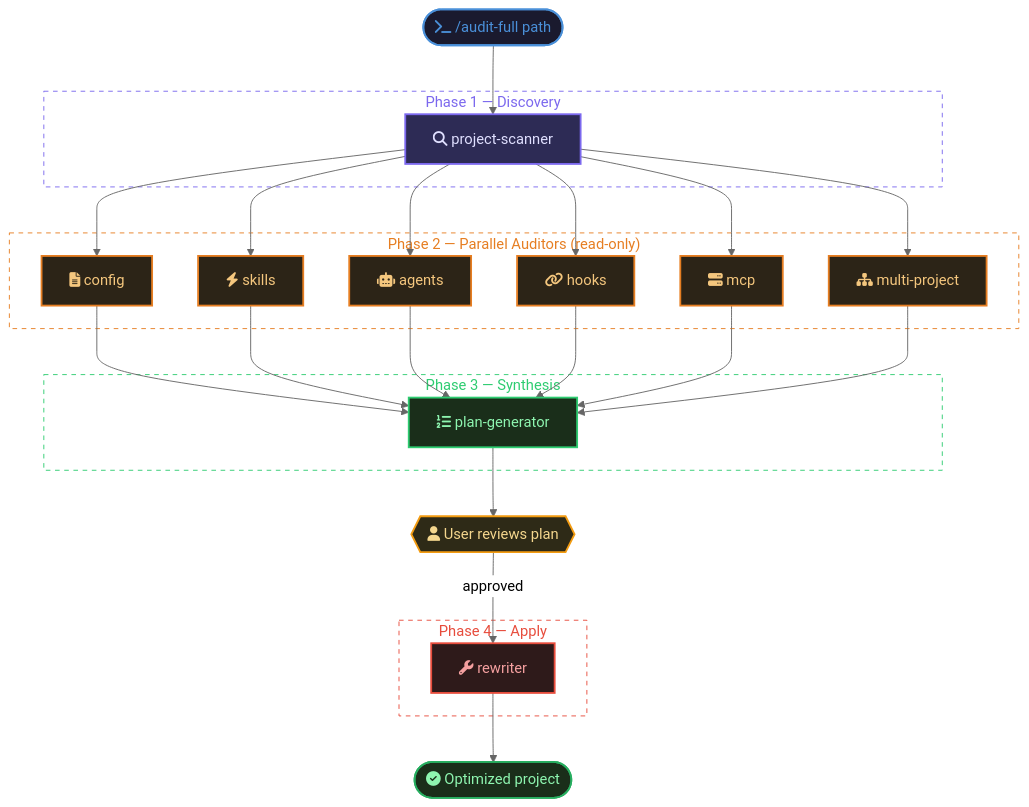
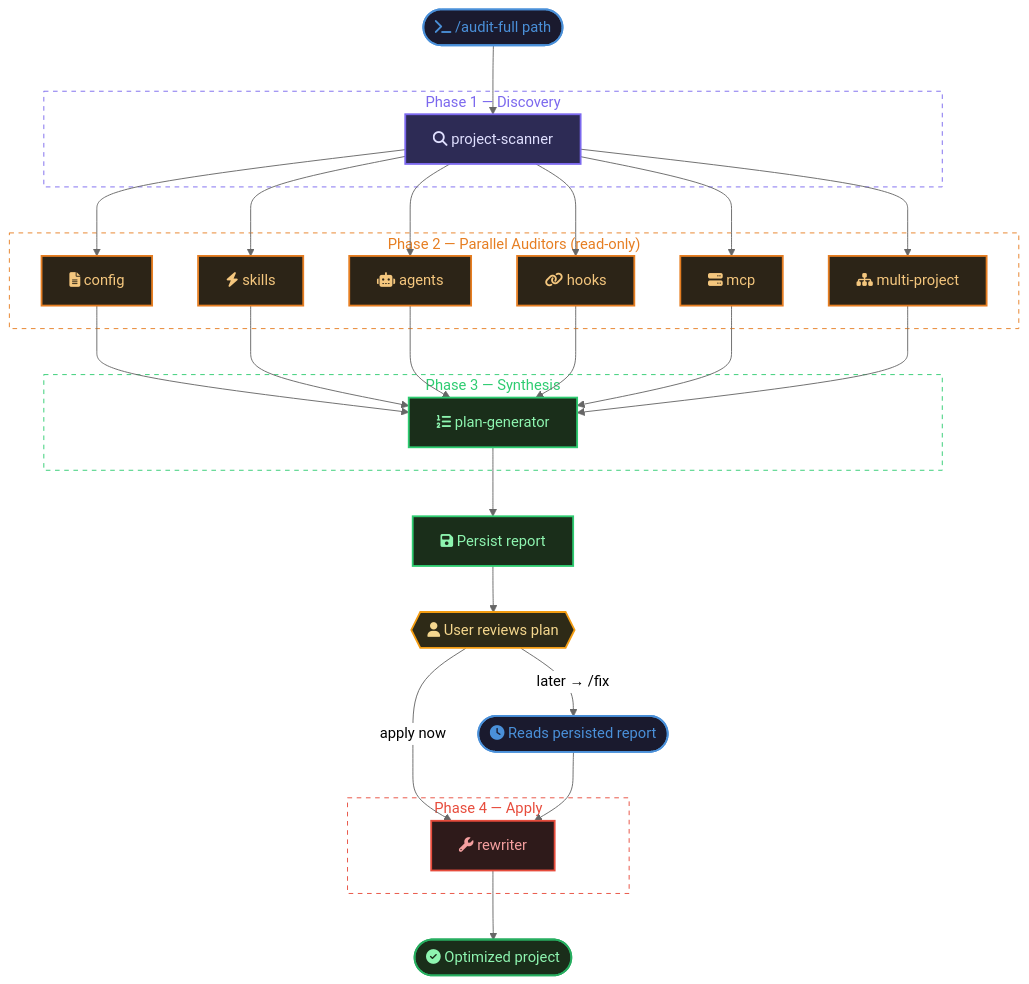
One commit to damianwajser/claude-doctor changed the first of 3 diagrams in README.md. Above: the diagram before and after it, drawn with Mermaid (neutral theme). The commit also changed other lines of this file and 4 other files, not shown here.

````diff
--- a/README.md
+++ b/README.md
@@ -65,47 +65,50 @@
 ```mermaid
 flowchart TD
     USER(["fa:fa-terminal /audit-full path"]):::cmd --> SCANNER
 
     subgraph SCAN ["Phase 1 — Discovery"]
         SCANNER["fa:fa-search project-scanner"]:::scanner
     end
 
     SCANNER --> CONFIG & SKILLS & AGENTS & HOOKS & MCP & MULTI
 
     subgraph AUDIT ["Phase 2 — Parallel Auditors (read-only)"]
         CONFIG["fa:fa-file-alt config"]:::auditor
         SKILLS["fa:fa-bolt skills"]:::auditor
         AGENTS["fa:fa-robot agents"]:::auditor
         HOOKS["fa:fa-link hooks"]:::auditor
         MCP["fa:fa-server mcp"]:::auditor
         MULTI["fa:fa-sitemap multi-project"]:::auditor
     end
 
     CONFIG & SKILLS & AGENTS & HOOKS & MCP & MULTI --> PLAN
 
     subgraph SYNTH ["Phase 3 — Synthesis"]
         PLAN["fa:fa-list-ol plan-generator"]:::plan
     end
 
-    PLAN --> REVIEW{{"fa:fa-user User reviews plan"}}:::review
-    REVIEW -- "approved" --> REWRITER
+    PLAN --> PERSIST["fa:fa-save Persist report"]:::plan
+    PERSIST --> REVIEW{{"fa:fa-user User reviews plan"}}:::review
+    REVIEW -- "apply now" --> REWRITER
+    REVIEW -- "later → /fix" --> FIX_LATER(["fa:fa-clock Reads persisted report"]):::cmd
 
     subgraph APPLY ["Phase 4 — Apply"]
         REWRITER["fa:fa-wrench rewriter"]:::writer
     end
 
+    FIX_LATER --> REWRITER
     REWRITER --> DONE(["fa:fa-check-circle Optimized project"]):::done
 
     classDef cmd fill:#1a1a2e,stroke:#4A90D9,stroke-width:2px,color:#4A90D9
     classDef scanner fill:#2d2b55,stroke:#7B68EE,stroke-width:2px,color:#e0e0ff
     classDef auditor fill:#2c2417,stroke:#E67E22,stroke-width:2px,color:#f5c77e
     classDef plan fill:#1a2e1a,stroke:#2ECC71,stroke-width:2px,color:#8ef5b0
     classDef review fill:#2e2a17,stroke:#F39C12,stroke-width:2px,color:#f5d78e
     classDef writer fill:#2e1a1a,stroke:#E74C3C,stroke-width:2px,color:#f5a0a0
     classDef done fill:#1a2e1a,stroke:#27AE60,stroke-width:2px,color:#8ef5b0
 
     style SCAN fill:none,stroke:#7B68EE,stroke-width:1px,stroke-dasharray:5 5,color:#7B68EE
     style AUDIT fill:none,stroke:#E67E22,stroke-width:1px,stroke-dasharray:5 5,color:#E67E22
     style SYNTH fill:none,stroke:#2ECC71,stroke-width:1px,stroke-dasharray:5 5,color:#2ECC71
     style APPLY fill:none,stroke:#E74C3C,stroke-width:1px,stroke-dasharray:5 5,color:#E74C3C
 ```
````
